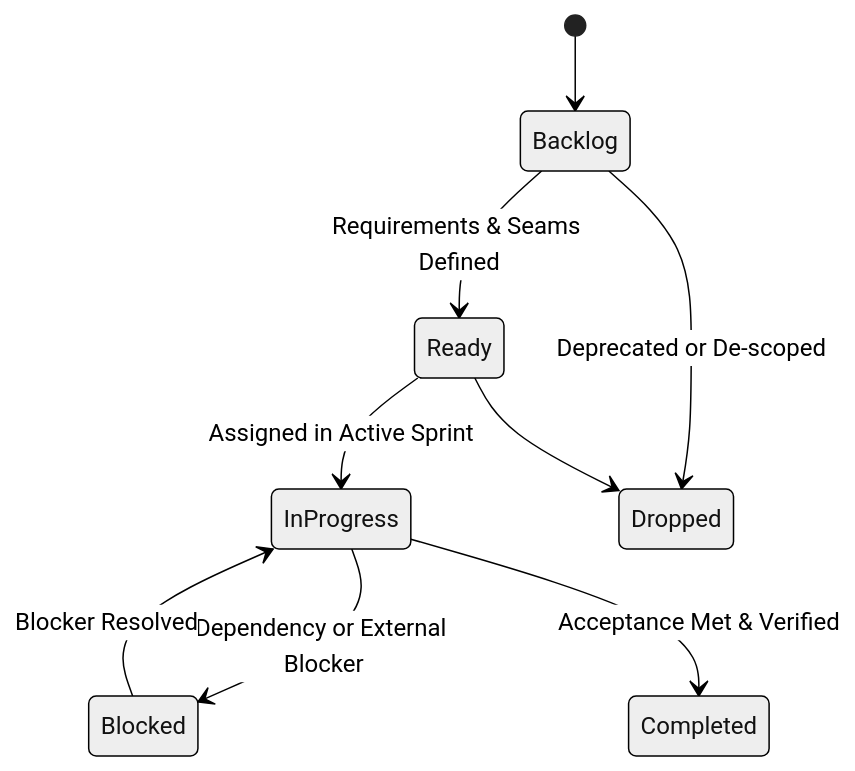
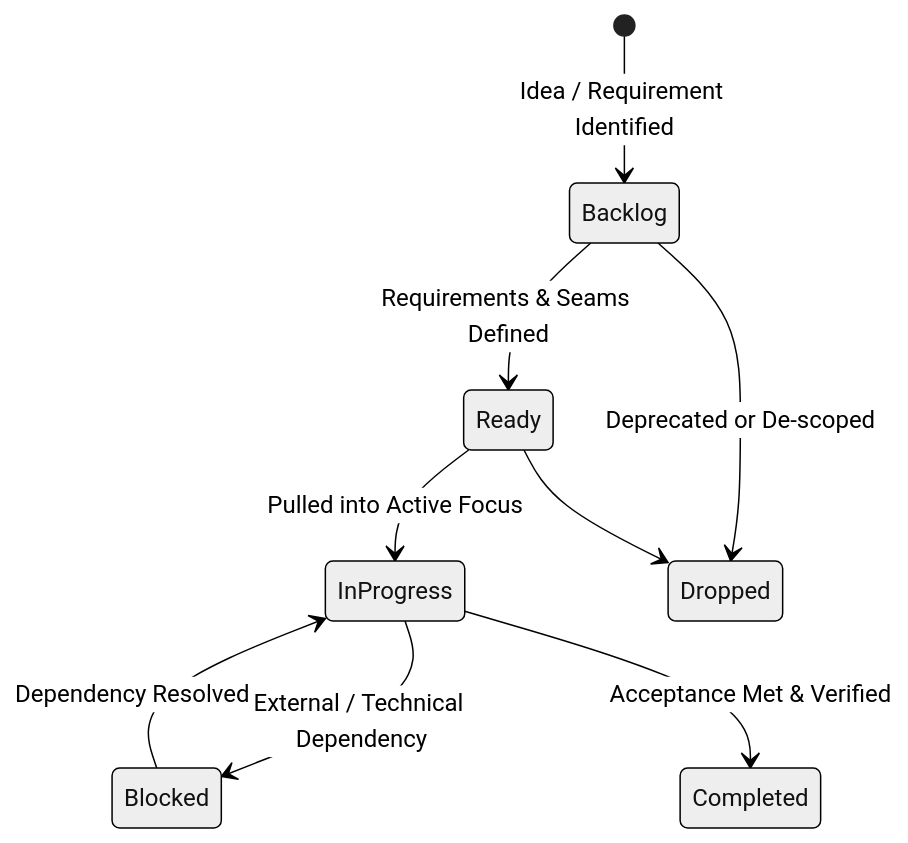
Before and after one commit to lordvlad/tictac: the diagram in docs/backlog/README.md, drawn with Mermaid (neutral theme). The commit also changed other lines of this file and 13 other files, not shown here.

````diff
--- a/docs/backlog/README.md
+++ b/docs/backlog/README.md
@@ -22,11 +23,11 @@
 ```mermaid
 stateDiagram-v2
-    [*] --> Backlog
+    [*] --> Backlog: Idea / Requirement Identified
     Backlog --> Ready: Requirements & Seams Defined
-    Ready --> InProgress: Assigned in Active Sprint
-    InProgress --> Blocked: Dependency or External Blocker
-    Blocked --> InProgress: Blocker Resolved
+    Ready --> InProgress: Pulled into Active Focus
+    InProgress --> Blocked: External / Technical Dependency
+    Blocked --> InProgress: Dependency Resolved
     InProgress --> Completed: Acceptance Met & Verified
     Backlog --> Dropped: Deprecated or De-scoped
     Ready --> Dropped
 ```
````
